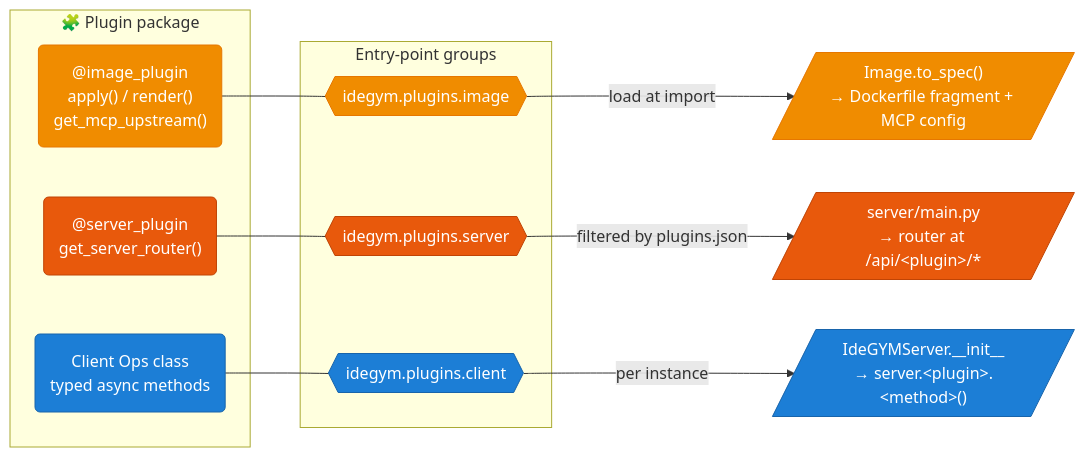
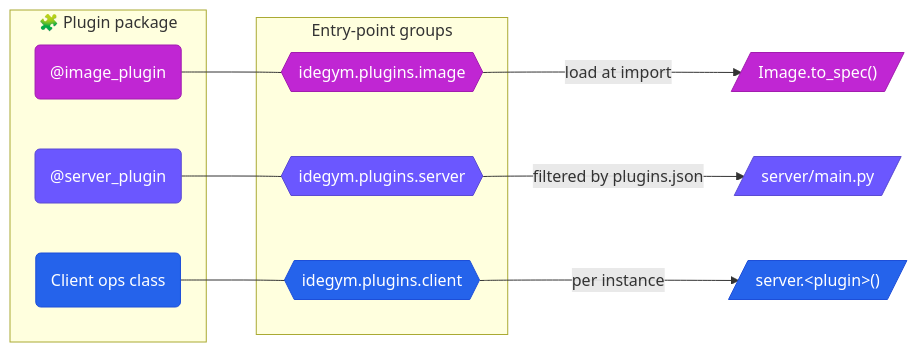
Before and after one commit to JetBrains-Research/idegym: the diagram in website/docs/architecture/plugins.md, drawn with Mermaid. The commit also changed 9 other files, not shown here.

First line of the commit message:
[JBRes-9938] recolor diagrams to brand palette + tighten & un-stretch

````diff
--- a/website/docs/architecture/plugins.md
+++ b/website/docs/architecture/plugins.md
@@ -16,33 +16,33 @@
 ```mermaid
 flowchart LR
     subgraph pkg["🧩 Plugin package"]
-        imgp("@image_plugin<br/>apply() / render()<br/>get_mcp_upstream()"):::img
-        srvp("@server_plugin<br/>get_server_router()"):::srv
-        cliops("Client Ops class<br/>typed async methods"):::cli
+        imgp("@image_plugin"):::img
+        srvp("@server_plugin"):::srv
+        cliops("Client ops class"):::cli
     end
 
     subgraph eps["Entry-point groups"]
         ep_img{{"idegym.plugins.image"}}:::img
         ep_srv{{"idegym.plugins.server"}}:::srv
         ep_cli{{"idegym.plugins.client"}}:::cli
     end
 
     imgp --- ep_img
     srvp --- ep_srv
     cliops --- ep_cli
 
-    ep_img -->|"load at import"| toSpec[/"Image.to_spec()<br/>→ Dockerfile fragment + MCP config"/]:::img
-    ep_srv -->|"filtered by plugins.json"| main[/"server/main.py<br/>→ router at /api/&lt;plugin&gt;/*"/]:::srv
-    ep_cli -->|"per instance"| cli[/"IdeGYMServer.__init__<br/>→ server.&lt;plugin&gt;.&lt;method&gt;()"/]:::cli
+    ep_img -->|"load at import"| toSpec[/"Image.to_spec()"/]:::img
+    ep_srv -->|"filtered by plugins.json"| main[/"server/main.py"/]:::srv
+    ep_cli -->|"per instance"| cli[/"server.&lt;plugin&gt;()"/]:::cli
 
-    classDef img fill:#f08c00,stroke:#e67700,color:#fff;
-    classDef srv fill:#e8590c,stroke:#c04405,color:#fff;
-    classDef cli fill:#1c7ed6,stroke:#1864ab,color:#fff;
+    classDef img fill:#c026d3,stroke:#a21caf,color:#fff;
+    classDef srv fill:#6b57ff,stroke:#5b4bd2,color:#fff;
+    classDef cli fill:#2563eb,stroke:#1d4ed8,color:#fff;
 
     click imgp "https://github.com/JetBrains-Research/idegym/blob/main/api/src/idegym/api/plugin.py" "PluginBase / @image_plugin source"
     click srvp "https://github.com/JetBrains-Research/idegym/blob/main/api/src/idegym/api/plugin.py" "@server_plugin source"
     click toSpec "https://github.com/JetBrains-Research/idegym/blob/main/image-builder/src/idegym/image/builder.py" "Image.to_spec() source"
     click main "https://github.com/JetBrains-Research/idegym/blob/main/server/main.py" "server/main.py source"
     click cli "https://github.com/JetBrains-Research/idegym/blob/main/client/src/idegym/client/server.py" "IdeGYMServer source"
     click cliops "https://github.com/JetBrains-Research/idegym/blob/main/plugins/pycharm/src/idegym/plugins/pycharm/client.py" "PyCharm client ops source"
 ```
````
